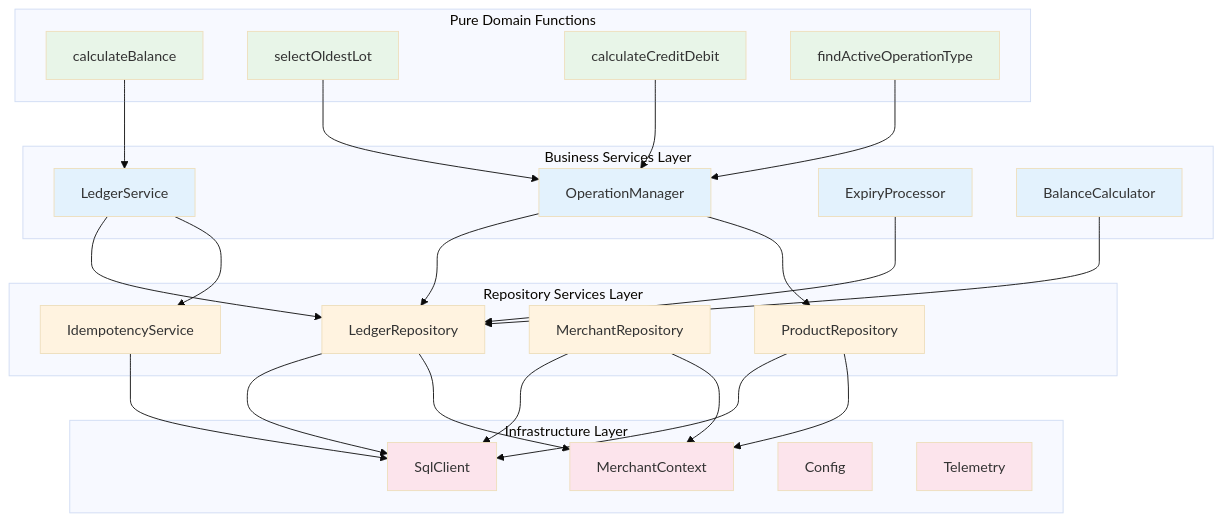
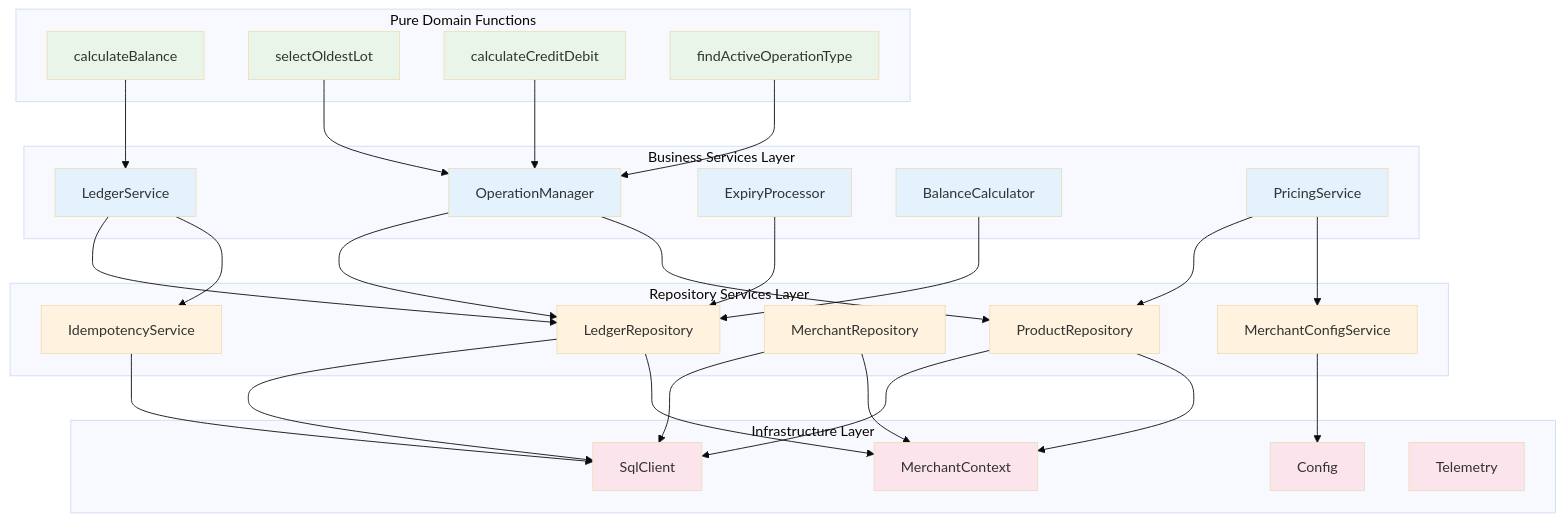
One commit to dimdasci/credit-system changed the fourth of 4 diagrams in knowledge/tech-solution/01_business_domain_architecture.md. Above: the diagram before and after it, drawn with Mermaid (base theme). The commit also changed other lines of this file, not shown here.

Commit message:
updated service composition

````diff
--- a/knowledge/tech-solution/01_business_domain_architecture.md
+++ b/knowledge/tech-solution/01_business_domain_architecture.md
@@ -957,62 +1030,67 @@
 ```mermaid
 graph TD
     subgraph "Pure Domain Functions"
         PF1[calculateBalance]
         PF2[selectOldestLot]  
         PF3[calculateCreditDebit]
         PF4[findActiveOperationType]
     end
     
     subgraph "Business Services Layer"
         BS1[LedgerService]
         BS2[OperationManager]
         BS3[ExpiryProcessor]
         BS4[BalanceCalculator]
+        BS5[PricingService]
     end
     
     subgraph "Repository Services Layer"
         RS1[LedgerRepository]
         RS2[ProductRepository]
         RS3[MerchantRepository]
         RS4[IdempotencyService]
+        RS5[MerchantConfigService]
     end
     
     subgraph "Infrastructure Layer"
         IS1[SqlClient]
         IS2[MerchantContext]
         IS3[Config]
         IS4[Telemetry]
     end
     
     %% Dependencies flow downward
     PF1 --> BS1
     PF2 --> BS2
     PF3 --> BS2
     PF4 --> BS2
     
     BS1 --> RS1
     BS1 --> RS4
     BS2 --> RS1
     BS2 --> RS2
     BS3 --> RS1
     BS4 --> RS1
+    BS5 --> RS2
+    BS5 --> RS5
     
     RS1 --> IS1
     RS1 --> IS2
     RS2 --> IS1
     RS2 --> IS2
     RS3 --> IS1
     RS3 --> IS2
     RS4 --> IS1
+    RS5 --> IS3
     
     %% Styling
     classDef pureFunc fill:#e8f5e8
     classDef businessSvc fill:#e3f2fd
     classDef repoSvc fill:#fff3e0
     classDef infraSvc fill:#fce4ec
     
     class PF1,PF2,PF3,PF4 pureFunc
-    class BS1,BS2,BS3,BS4 businessSvc
-    class RS1,RS2,RS3,RS4 repoSvc
+    class BS1,BS2,BS3,BS4,BS5 businessSvc
+    class RS1,RS2,RS3,RS4,RS5 repoSvc
     class IS1,IS2,IS3,IS4 infraSvc
 ```
````
